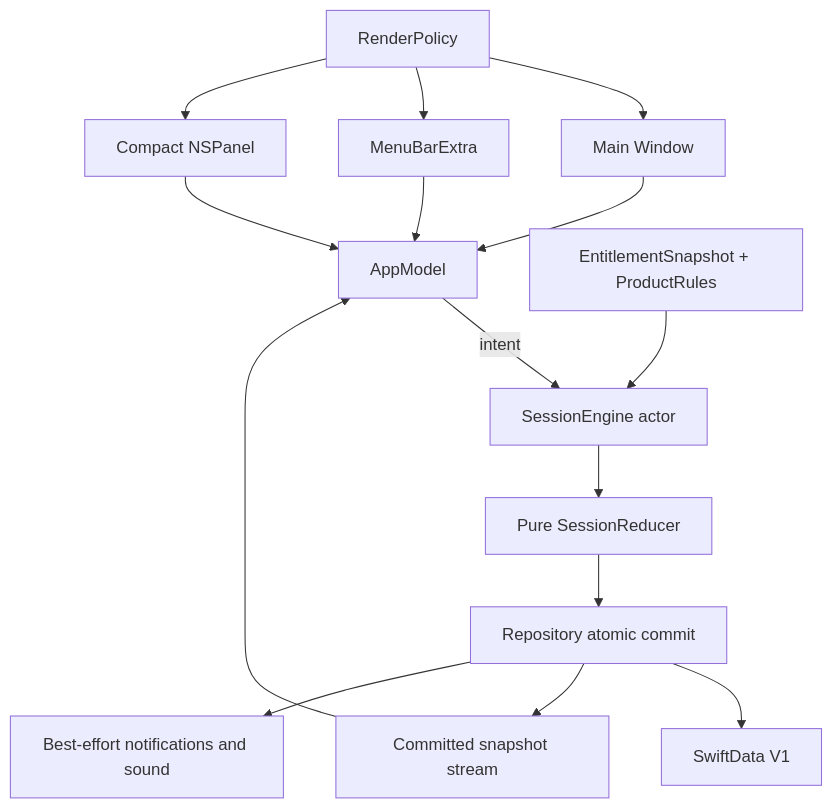
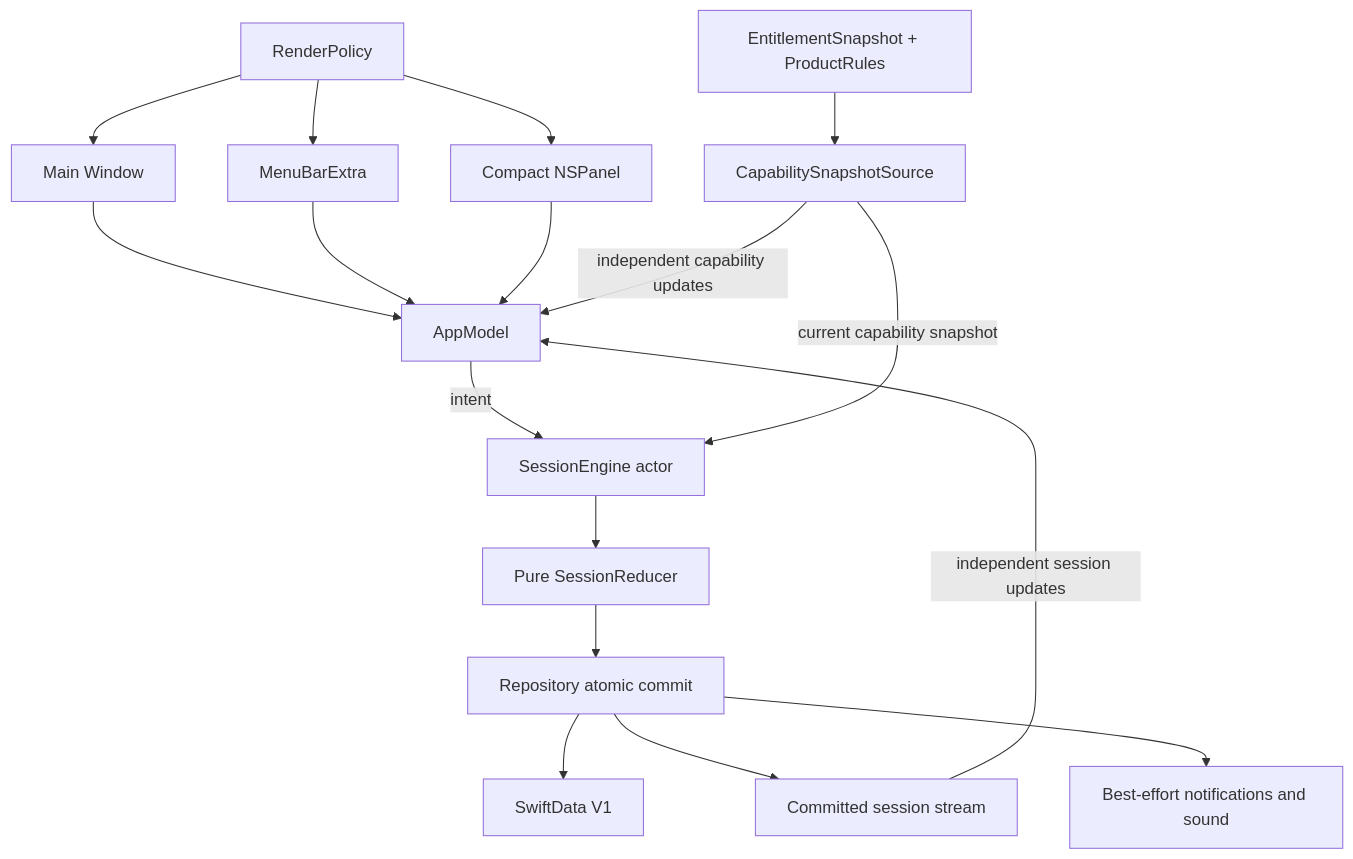
The diagram in BLUEPRINT.md (praxstack/Praxmodoro), drawn with Mermaid before and after one commit. The commit also changed other lines of this file and 13 other files, not shown here.

````diff
--- a/BLUEPRINT.md
+++ b/BLUEPRINT.md
@@ -19,17 +19,19 @@
 ```mermaid
 flowchart TB
     Main["Main Window"] --> Model["AppModel"]
     Menu["MenuBarExtra"] --> Model
     Compact["Compact NSPanel"] --> Model
     Model -->|intent| Engine["SessionEngine actor"]
     Engine --> Reducer["Pure SessionReducer"]
     Reducer --> Commit["Repository atomic commit"]
     Commit --> SwiftData["SwiftData V1"]
-    Commit --> Stream["Committed snapshot stream"]
-    Stream --> Model
+    Commit --> SessionStream["Committed session stream"]
+    SessionStream -->|independent session updates| Model
     Commit --> Effects["Best-effort notifications and sound"]
-    Capabilities["EntitlementSnapshot + ProductRules"] --> Engine
+    Capabilities["EntitlementSnapshot + ProductRules"] --> CapabilitySource["CapabilitySnapshotSource"]
+    CapabilitySource -->|current capability snapshot| Engine
+    CapabilitySource -->|independent capability updates| Model
     Render["RenderPolicy"] --> Main
     Render --> Menu
     Render --> Compact
 ```
````
